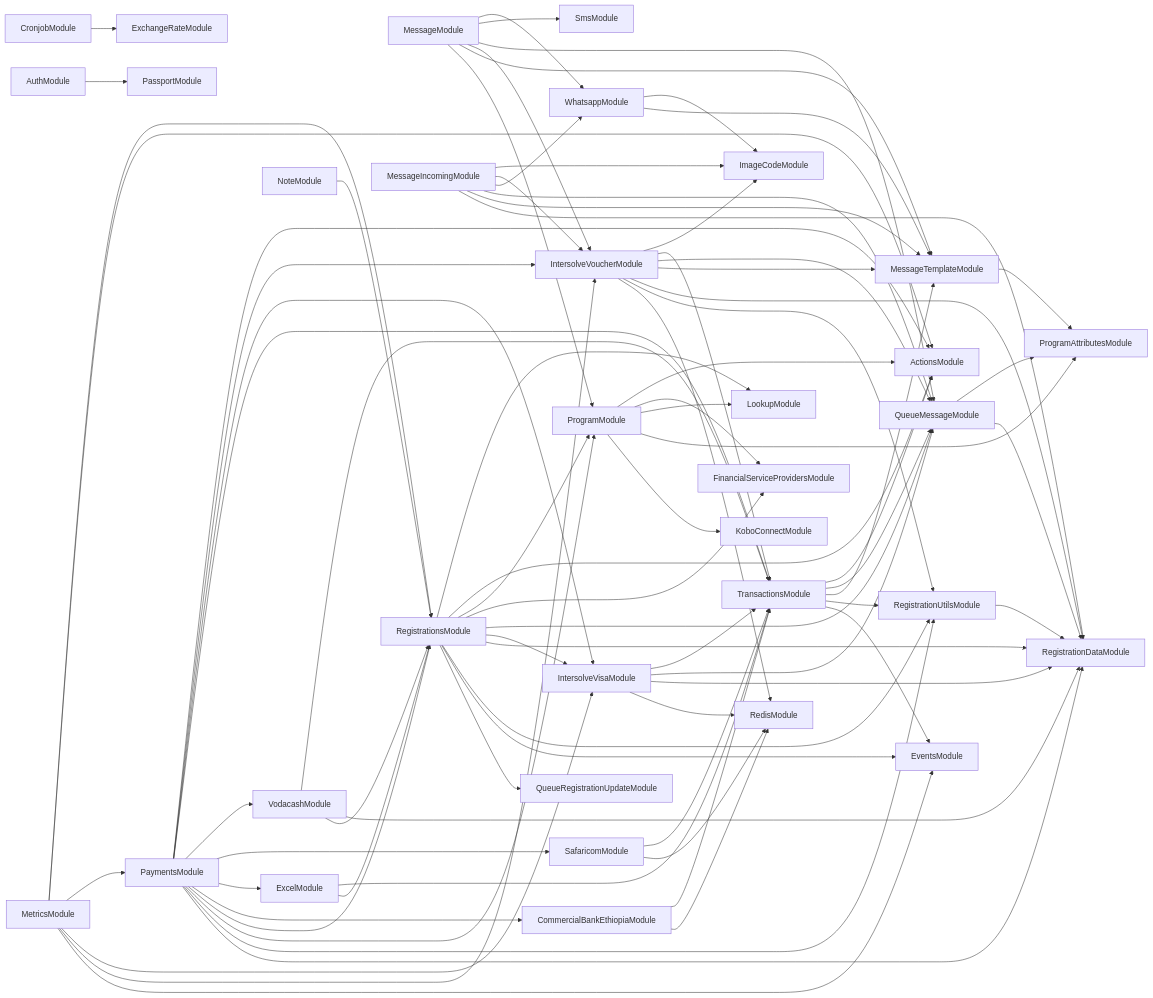
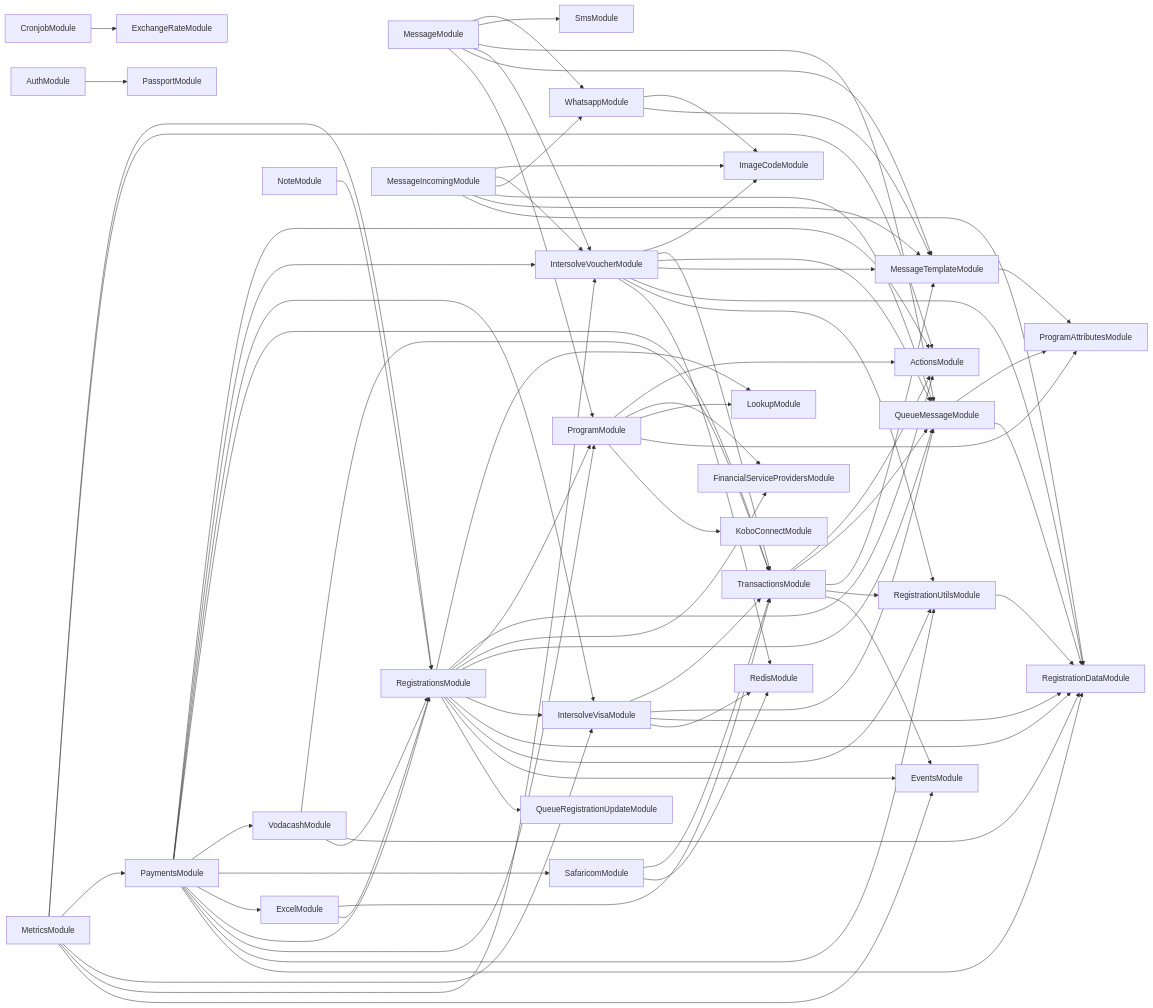
One commit to global-121/121-platform changed the diagram in services/121-service/module-dependencies.md. Above: the diagram before and after it, drawn with Mermaid. The commit also changed 48 other files, not shown here.

````diff
--- a/services/121-service/module-dependencies.md
+++ b/services/121-service/module-dependencies.md
@@ -3,82 +3,79 @@
 ```mermaid
 graph LR
   CronjobModule-->ExchangeRateModule
   MessageTemplateModule-->ProgramAttributesModule
   ProgramModule-->ActionsModule
   ProgramModule-->FinancialServiceProvidersModule
   ProgramModule-->LookupModule
   ProgramModule-->ProgramAttributesModule
   ProgramModule-->KoboConnectModule
   MessageModule-->WhatsappModule
   WhatsappModule-->ImageCodeModule
   WhatsappModule-->MessageTemplateModule
   MessageModule-->SmsModule
   MessageModule-->QueueMessageModule
   QueueMessageModule-->ProgramAttributesModule
   QueueMessageModule-->RegistrationDataModule
   MessageModule-->IntersolveVoucherModule
   IntersolveVoucherModule-->ImageCodeModule
   IntersolveVoucherModule-->TransactionsModule
   TransactionsModule-->ActionsModule
   TransactionsModule-->QueueMessageModule
   TransactionsModule-->MessageTemplateModule
   TransactionsModule-->RegistrationUtilsModule
   RegistrationUtilsModule-->RegistrationDataModule
   TransactionsModule-->EventsModule
   IntersolveVoucherModule-->QueueMessageModule
   IntersolveVoucherModule-->MessageTemplateModule
   IntersolveVoucherModule-->RegistrationDataModule
   IntersolveVoucherModule-->RegistrationUtilsModule
   IntersolveVoucherModule-->RedisModule
   MessageModule-->MessageTemplateModule
   MessageModule-->ProgramModule
   MetricsModule-->RegistrationsModule
   RegistrationsModule-->LookupModule
   RegistrationsModule-->ActionsModule
   RegistrationsModule-->ProgramModule
   RegistrationsModule-->FinancialServiceProvidersModule
   RegistrationsModule-->QueueMessageModule
   RegistrationsModule-->IntersolveVisaModule
   IntersolveVisaModule-->TransactionsModule
   IntersolveVisaModule-->QueueMessageModule
   IntersolveVisaModule-->RegistrationDataModule
   IntersolveVisaModule-->RedisModule
   RegistrationsModule-->RegistrationDataModule
   RegistrationsModule-->RegistrationUtilsModule
   RegistrationsModule-->EventsModule
   RegistrationsModule-->QueueRegistrationUpdateModule
   MetricsModule-->ActionsModule
   MetricsModule-->PaymentsModule
   PaymentsModule-->ActionsModule
   PaymentsModule-->IntersolveVoucherModule
   PaymentsModule-->IntersolveVisaModule
   PaymentsModule-->TransactionsModule
   PaymentsModule-->VodacashModule
   VodacashModule-->TransactionsModule
   VodacashModule-->RegistrationDataModule
   VodacashModule-->RegistrationsModule
   PaymentsModule-->SafaricomModule
   SafaricomModule-->TransactionsModule
   SafaricomModule-->RedisModule
   PaymentsModule-->ExcelModule
   ExcelModule-->TransactionsModule
   ExcelModule-->RegistrationsModule
-  PaymentsModule-->CommercialBankEthiopiaModule
-  CommercialBankEthiopiaModule-->TransactionsModule
-  CommercialBankEthiopiaModule-->RedisModule
   PaymentsModule-->RegistrationsModule
   PaymentsModule-->ProgramModule
   PaymentsModule-->RegistrationUtilsModule
   PaymentsModule-->RegistrationDataModule
   MetricsModule-->IntersolveVisaModule
   MetricsModule-->IntersolveVoucherModule
   MetricsModule-->EventsModule
   MessageIncomingModule-->ImageCodeModule
   MessageIncomingModule-->IntersolveVoucherModule
   MessageIncomingModule-->WhatsappModule
   MessageIncomingModule-->QueueMessageModule
   MessageIncomingModule-->MessageTemplateModule
   MessageIncomingModule-->RegistrationDataModule
   NoteModule-->RegistrationsModule
   AuthModule-->PassportModule
 ```
````
